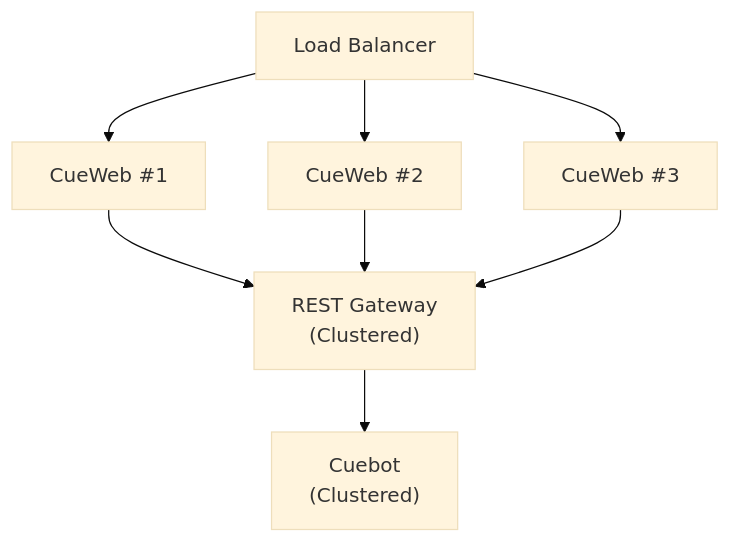
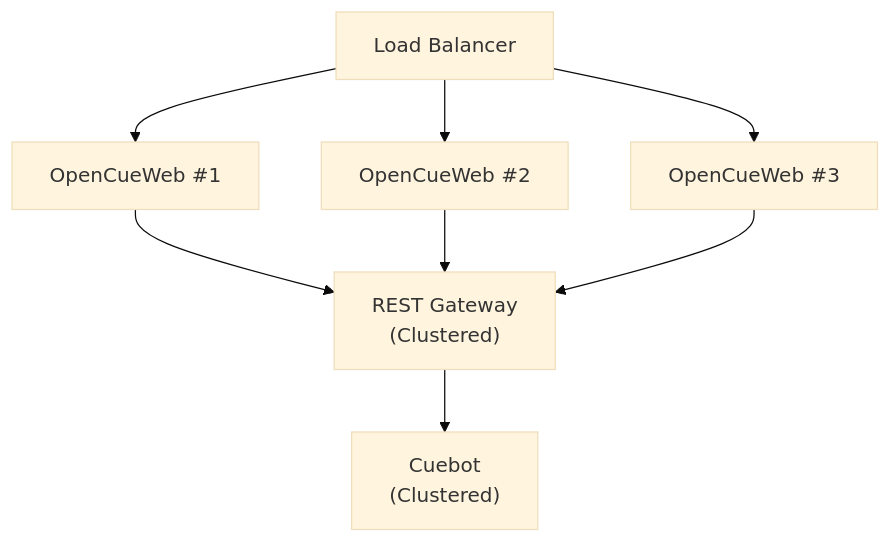
Before and after one commit to AcademySoftwareFoundation/OpenCue: the fourth of 4 diagrams in docs/_docs/concepts/cueweb-rest-gateway.md, drawn with Mermaid (base theme). The commit also changed other lines of this file and 24 other files, not shown here.

First line of the commit message:
[cueweb/docs] Rename CueWeb to OpenCueWeb across documentation (#2484)

```diff
--- a/docs/_docs/concepts/cueweb-rest-gateway.md
+++ b/docs/_docs/concepts/cueweb-rest-gateway.md
@@ -282,14 +282,14 @@
 <div class="mermaid">
 graph TD
     LB["Load Balancer"]
 
-    LB --> CW1["CueWeb #1"]
-    LB --> CW2["CueWeb #2"]
-    LB --> CW3["CueWeb #3"]
+    LB --> CW1["OpenCueWeb #1"]
+    LB --> CW2["OpenCueWeb #2"]
+    LB --> CW3["OpenCueWeb #3"]
 
     CW1 --> RG["REST Gateway<br/>(Clustered)"]
     CW2 --> RG
     CW3 --> RG
 
     RG --> CB["Cuebot<br/>(Clustered)"]
 </div>
```
